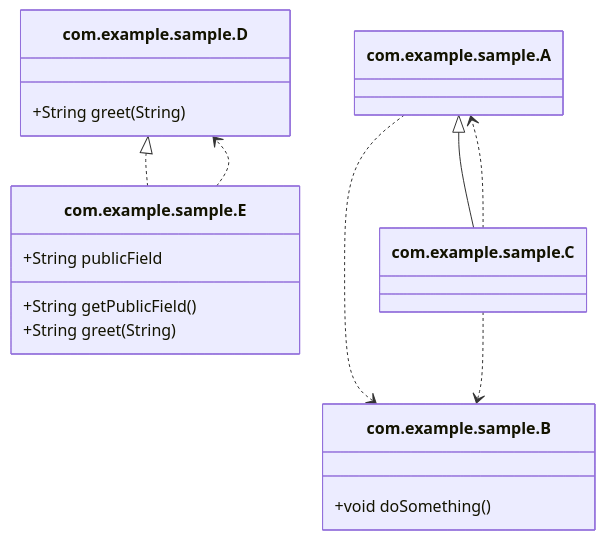
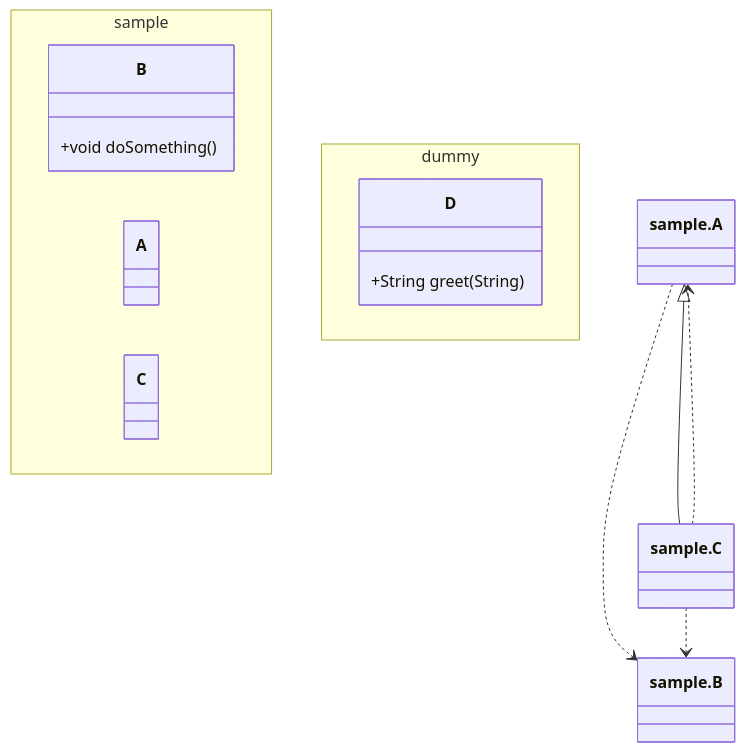
Before and after one commit to euledge/code-atlas: the diagram in README.md, drawn with Mermaid. The commit also changed other lines of this file and 13 other files, not shown here.

````diff
--- a/README.md
+++ b/README.md
@@ -81,22 +90,19 @@
 ```mermaid
 classDiagram
-    class com.example.sample.B {
-        +void doSomething()
+    namespace sample {
+        class B {
+            +void doSomething()
+        }
+        class A
+        class C
     }
-    class com.example.sample.A
-    com.example.sample.A ..> com.example.sample.B
-    class com.example.sample.D {
-        +String greet(String)
+    namespace dummy {
+        class D {
+            +String greet(String)
+        }
     }
-    class com.example.sample.C
-    com.example.sample.A <|-- com.example.sample.C
-    com.example.sample.C ..> com.example.sample.B
-    com.example.sample.C ..> com.example.sample.A
-    class com.example.sample.E {
-        +String publicField
-        +String getPublicField()
-        +String greet(String)
-    }
-    com.example.sample.D <|.. com.example.sample.E
-    com.example.sample.E ..> com.example.sample.D
+    sample.A ..> sample.B
+    sample.A <|-- sample.C
+    sample.C ..> sample.B
+    sample.C ..> sample.A
 ```
````
